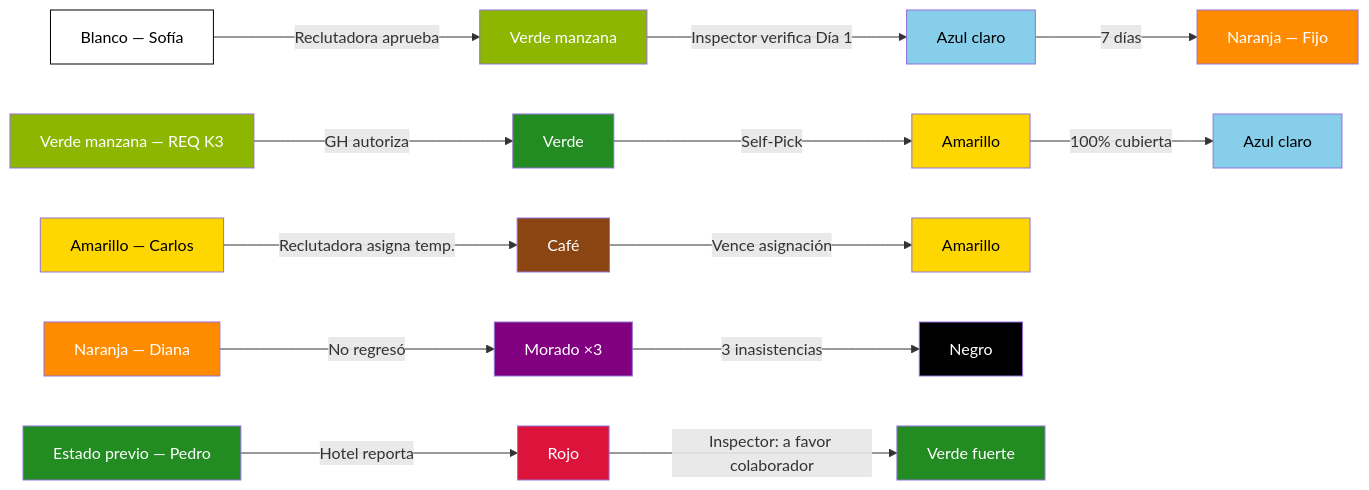
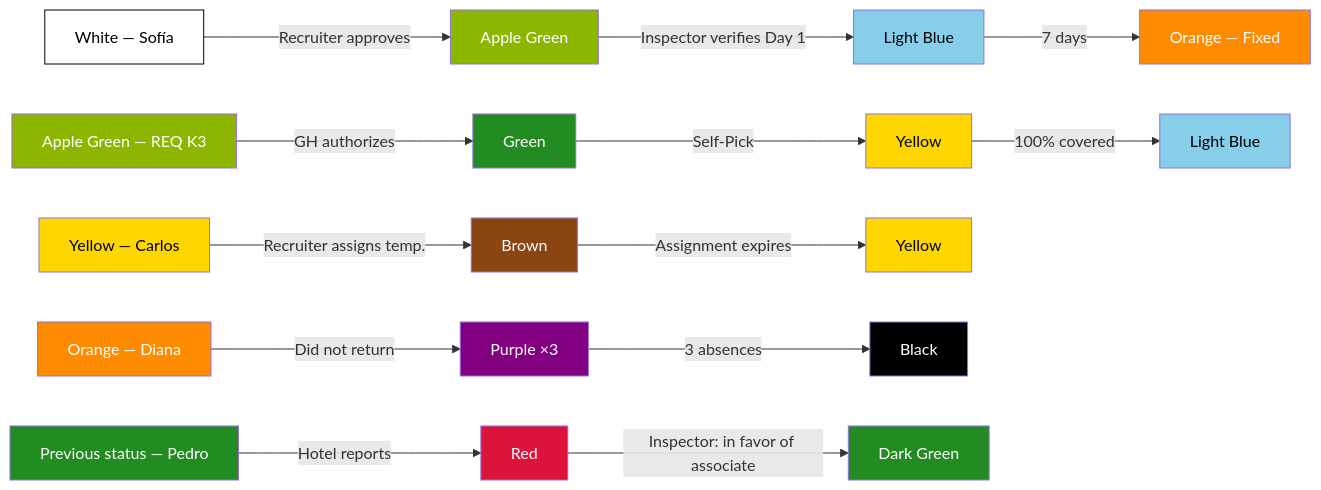
Before and after one commit to DevelopmentRWG/oranje-matrix-system: the diagram in Simulaciones/Simulación - Punto de Vista de Reclutamiento.md, drawn with Mermaid. The commit also changed other lines of this file and 6 other files, not shown here.

````diff
--- a/Simulaciones/Simulación - Punto de Vista de Reclutamiento.md
+++ b/Simulaciones/Simulación - Punto de Vista de Reclutamiento.md
@@ -805,42 +805,42 @@
 ```mermaid
 graph LR
-    %% Sofía Cruz - progresión completa
-    BL[Blanco — Sofía] -->|Reclutadora aprueba| VM[Verde manzana]
-    VM -->|Inspector verifica Día 1| AC[Azul claro]
-    AC -->|7 días| NA1[Naranja — Fijo]
+    %% Sofía Cruz - full progression
+    BL[White — Sofía] -->|Recruiter approves| VM[Apple Green]
+    VM -->|Inspector verifies Day 1| AC[Light Blue]
+    AC -->|7 days| NA1[Orange — Fixed]
 
-    %% Requisiciones
-    VmR[Verde manzana — REQ K3] -->|GH autoriza| VR[Verde]
-    VR -->|Self-Pick| AmR[Amarillo]
-    AmR -->|100% cubierta| AcR[Azul claro]
+    %% Requisitions
+    VmR[Apple Green — REQ K3] -->|GH authorizes| VR[Green]
+    VR -->|Self-Pick| AmR[Yellow]
+    AmR -->|100% covered| AcR[Light Blue]
 
-    %% Carlos Rivera - asignación temporal
-    Am[Amarillo — Carlos] -->|Reclutadora asigna temp.| Cafe[Café]
-    Cafe -->|Vence asignación| Am2[Amarillo]
+    %% Carlos Rivera - temporary assignment
+    Am[Yellow — Carlos] -->|Recruiter assigns temp.| Cafe[Brown]
+    Cafe -->|Assignment expires| Am2[Yellow]
 
     %% Diana Morales - Blacklist
-    NA2[Naranja — Diana] -->|No regresó| Mo[Morado ×3]
-    Mo -->|3 inasistencias| Negro
+    NA2[Orange — Diana] -->|Did not return| Mo[Purple ×3]
+    Mo -->|3 absences| Negro[Black]
 
-    %% Pedro Jiménez - reportado
-    Prev[Estado previo — Pedro] -->|Hotel reporta| Rojo
-    Rojo -->|Inspector: a favor colaborador| VF[Verde fuerte]
+    %% Pedro Jiménez - reported
+    Prev[Previous status — Pedro] -->|Hotel reports| Rojo[Red]
+    Rojo -->|Inspector: in favor of associate| VF[Dark Green]
 
     style BL fill:#FFFFFF,stroke:#000,color:#000
     style VM fill:#8DB600,color:#fff
     style AC fill:#87CEEB,color:#000
     style NA1 fill:#FF8C00,color:#fff
     style NA2 fill:#FF8C00,color:#fff
     style VmR fill:#8DB600,color:#fff
     style VR fill:#228B22,color:#fff
     style AmR fill:#FFD700,color:#000
     style AcR fill:#87CEEB,color:#000
     style Am fill:#FFD700,color:#000
     style Am2 fill:#FFD700,color:#000
     style Cafe fill:#8B4513,color:#fff
     style Mo fill:#800080,color:#fff
     style Negro fill:#000000,color:#fff
     style Prev fill:#228B22,color:#fff
     style Rojo fill:#DC143C,color:#fff
     style VF fill:#228B22,color:#fff
 ```
````
